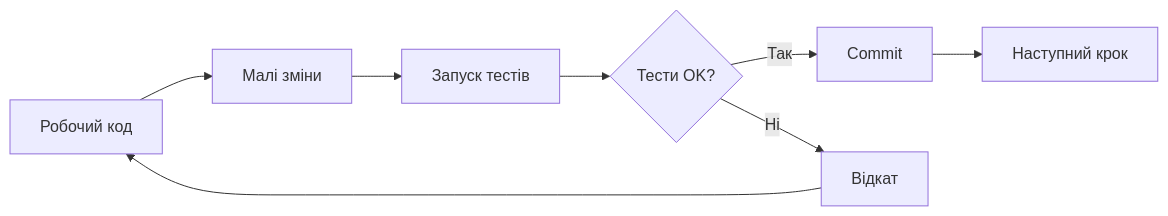
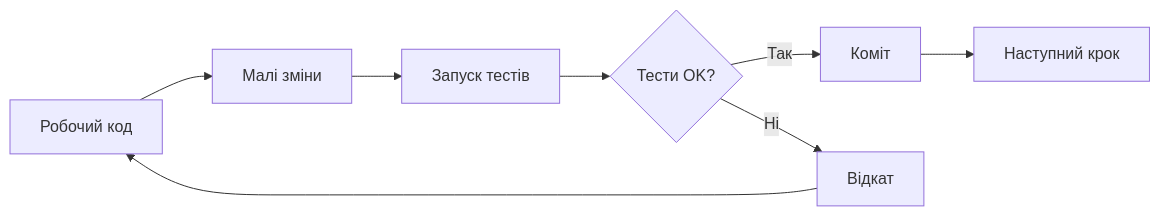
Before and after one commit to olroi421/course-opi-v2: the second of 2 diagrams in presentations/presentation-15.md, drawn with Mermaid. The commit also changed other lines of this file and 9 other files, not shown here.

````diff
--- a/presentations/presentation-15.md
+++ b/presentations/presentation-15.md
@@ -316,10 +362,10 @@
 ```mermaid
 graph LR
     A[Робочий код] --> B[Малі зміни]
     B --> C[Запуск тестів]
     C --> D{Тести OK?}
-    D -->|Так| E[Commit]
+    D -->|Так| E[Коміт]
     D -->|Ні| F[Відкат]
     E --> G[Наступний крок]
     F --> A
 ```
````
